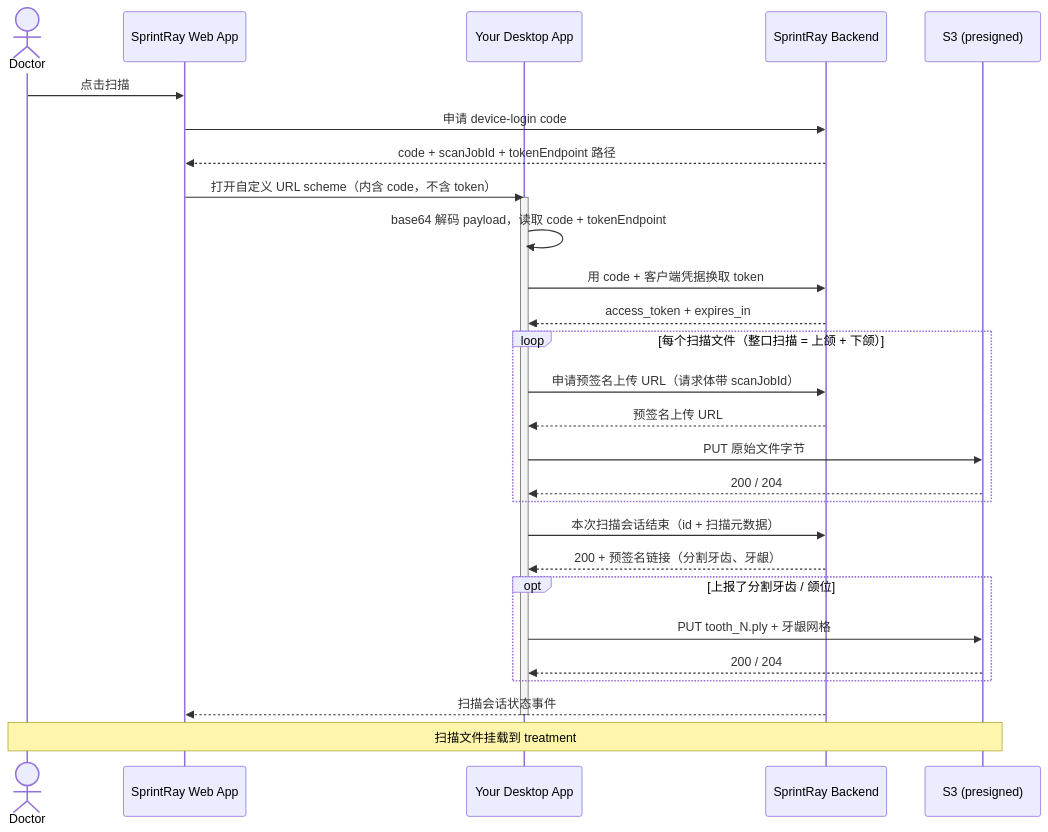
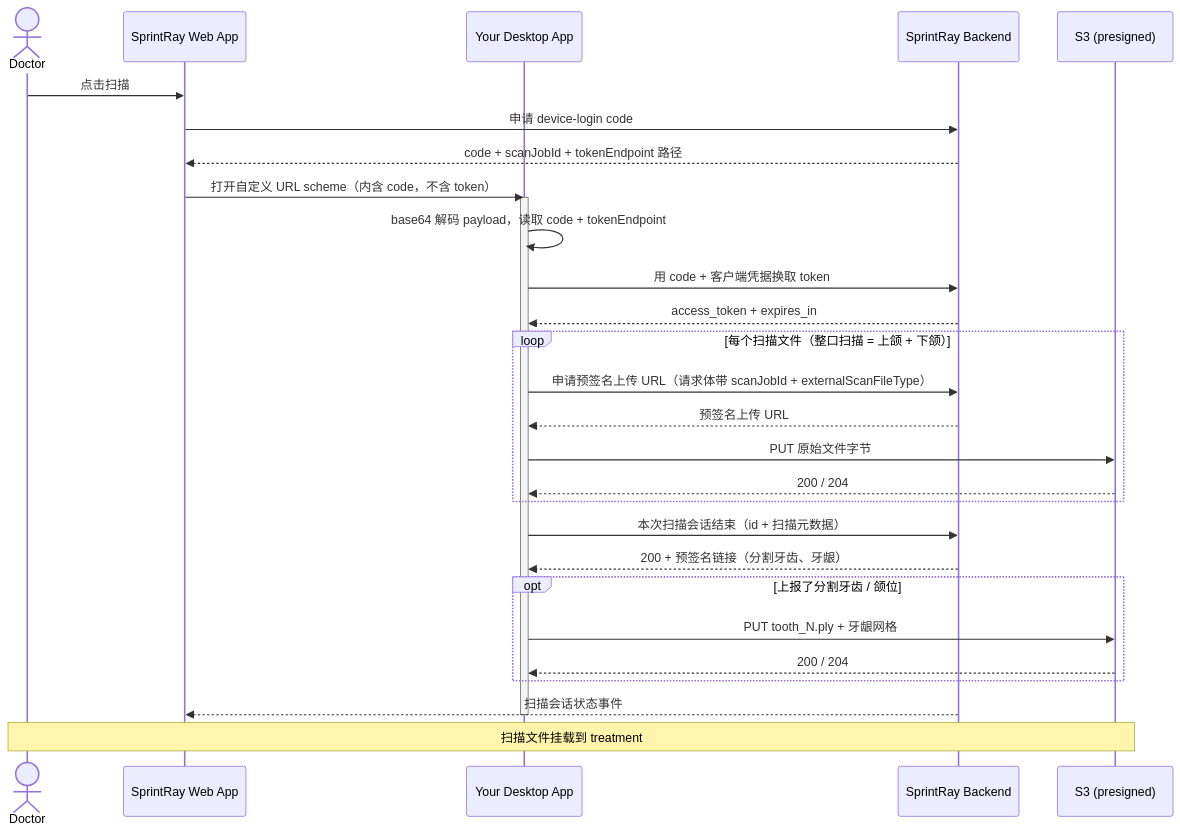
The diagram in README.zh-CN.md (SprintRay-Software/example-scan-app), drawn with Mermaid before and after one commit. The commit also changed other lines of this file and 1 other file, not shown here.

Commit message:
docs: require externalScanFileType on every upload

````diff
--- a/README.zh-CN.md
+++ b/README.zh-CN.md
@@ -47,32 +48,32 @@
 ```mermaid
 sequenceDiagram
     actor Doctor
     participant Web as SprintRay Web App
     participant App as Your Desktop App
     participant BE as SprintRay Backend
     participant S3 as S3 (presigned)
 
     Doctor->>Web: 点击扫描
     Web->>BE: 申请 device-login code
     BE-->>Web: code + scanJobId + tokenEndpoint 路径
     Web->>App: 打开自定义 URL scheme（内含 code，不含 token）
     activate App
     App->>App: base64 解码 payload，读取 code + tokenEndpoint
     App->>BE: 用 code + 客户端凭据换取 token
     BE-->>App: access_token + expires_in
     loop 每个扫描文件（整口扫描 = 上颌 + 下颌）
-        App->>BE: 申请预签名上传 URL（请求体带 scanJobId）
+        App->>BE: 申请预签名上传 URL（请求体带 scanJobId + externalScanFileType）
         BE-->>App: 预签名上传 URL
         App->>S3: PUT 原始文件字节
         S3-->>App: 200 / 204
     end
     App->>BE: 本次扫描会话结束（id + 扫描元数据）
     BE-->>App: 200 + 预签名链接（分割牙齿、牙龈）
     opt 上报了分割牙齿 / 颌位
         App->>S3: PUT tooth_N.ply + 牙龈网格
         S3-->>App: 200 / 204
     end
     BE-->>Web: 扫描会话状态事件
     deactivate App
     Note over Doctor,S3: 扫描文件挂载到 treatment
 ```
````
